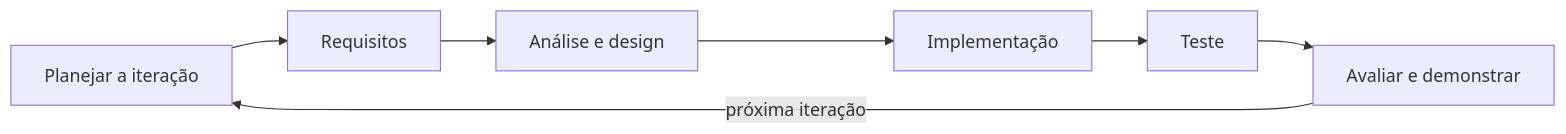
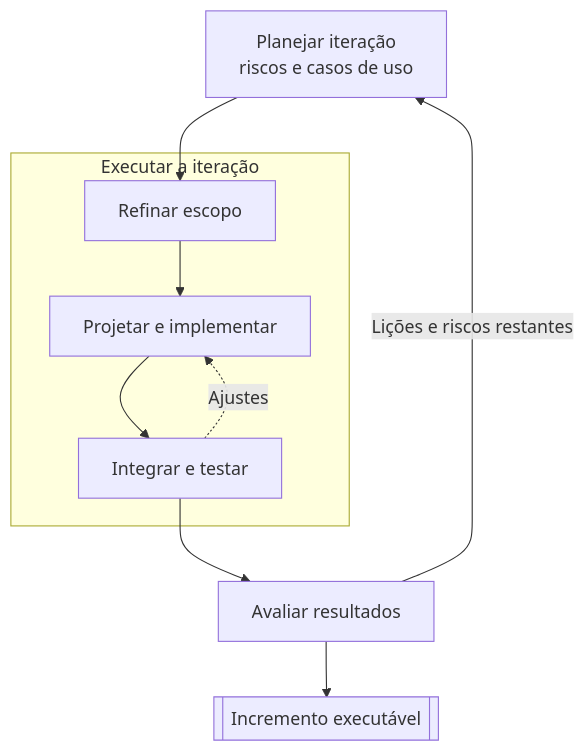
Before and after one commit to pedrotescaro/Stacklyst: the first of 2 diagrams in content/enade/rup/rup-visao-geral.md, drawn with Mermaid. The commit also changed other lines of this file and 84 other files, not shown here.

Commit message:
feat(enade): redraw study library diagrams

````diff
--- a/content/enade/rup/rup-visao-geral.md
+++ b/content/enade/rup/rup-visao-geral.md
@@ -83,9 +85,12 @@
-```mermaid Ciclo de uma iteração dentro de qualquer fase
-flowchart LR
-  P[Planejar a iteração] --> R[Requisitos]
-  R --> A[Análise e design]
-  A --> I[Implementação]
-  I --> T[Teste]
-  T --> V[Avaliar e demonstrar]
-  V -->|próxima iteração| P
+```mermaid Ciclo de uma iteração do RUP
+flowchart TD
+  P["Planejar iteração<br/>riscos e casos de uso"] --> R
+  subgraph trabalho["Executar a iteração"]
+    R["Refinar escopo"] --> D["Projetar e implementar"]
+    D --> T["Integrar e testar"]
+    T -. "Ajustes" .-> D
+  end
+  T --> A["Avaliar resultados"]
+  A --> B[["Incremento executável"]]
+  A -->|Lições e riscos restantes| P
 ```
````
